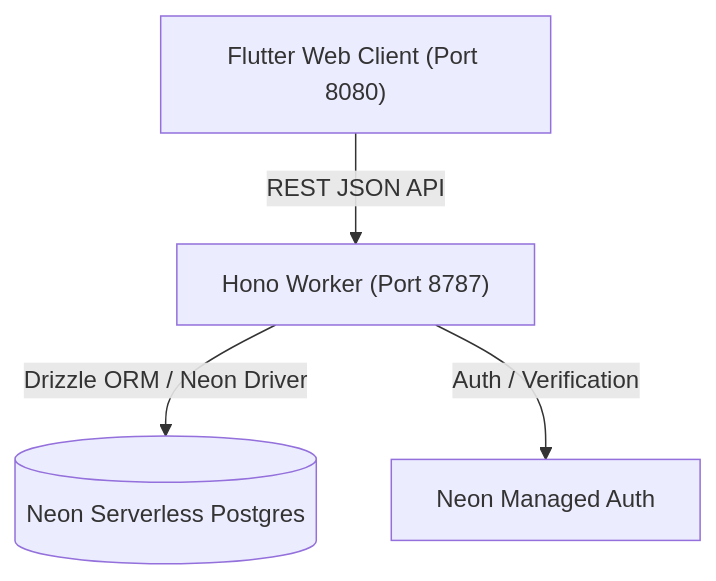
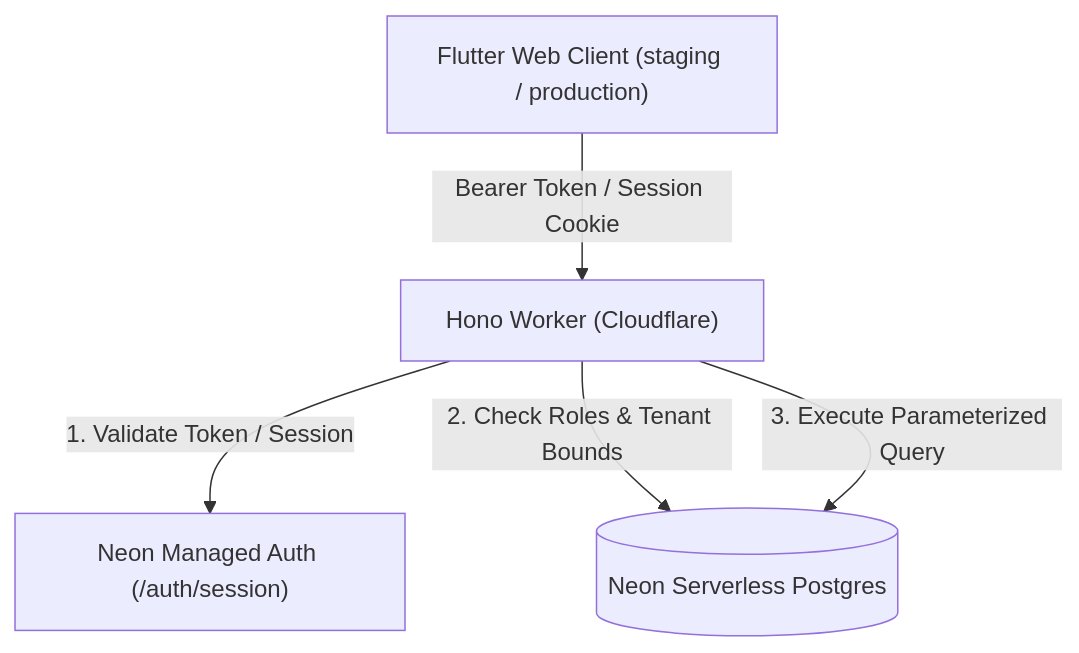
Before and after one commit to Techteam-zephvion/School-management-app: the diagram in PROJECT_OVERVIEW.md, drawn with Mermaid. The commit also changed other lines of this file and 13 other files, not shown here.

````diff
--- a/PROJECT_OVERVIEW.md
+++ b/PROJECT_OVERVIEW.md
@@ -36,6 +37,7 @@
 ```mermaid
 graph TD
-    Client["Flutter Web Client (Port 8080)"] -->|"REST JSON API"| API["Hono Worker (Port 8787)"]
-    API -->|"Drizzle ORM / Neon Driver"| DB[("Neon Serverless Postgres")]
-    API -->|"Auth / Verification"| NeonAuth["Neon Managed Auth"]
+    Client["Flutter Web Client (staging / production)"] -->|"Bearer Token / Session Cookie"| API["Hono Worker (Cloudflare)"]
+    API -->|"1. Validate Token / Session"| NeonAuth["Neon Managed Auth (/auth/session)"]
+    API -->|"2. Check Roles & Tenant Bounds"| DB[("Neon Serverless Postgres")]
+    API -->|"3. Execute Parameterized Query"| DB
 ```
````
